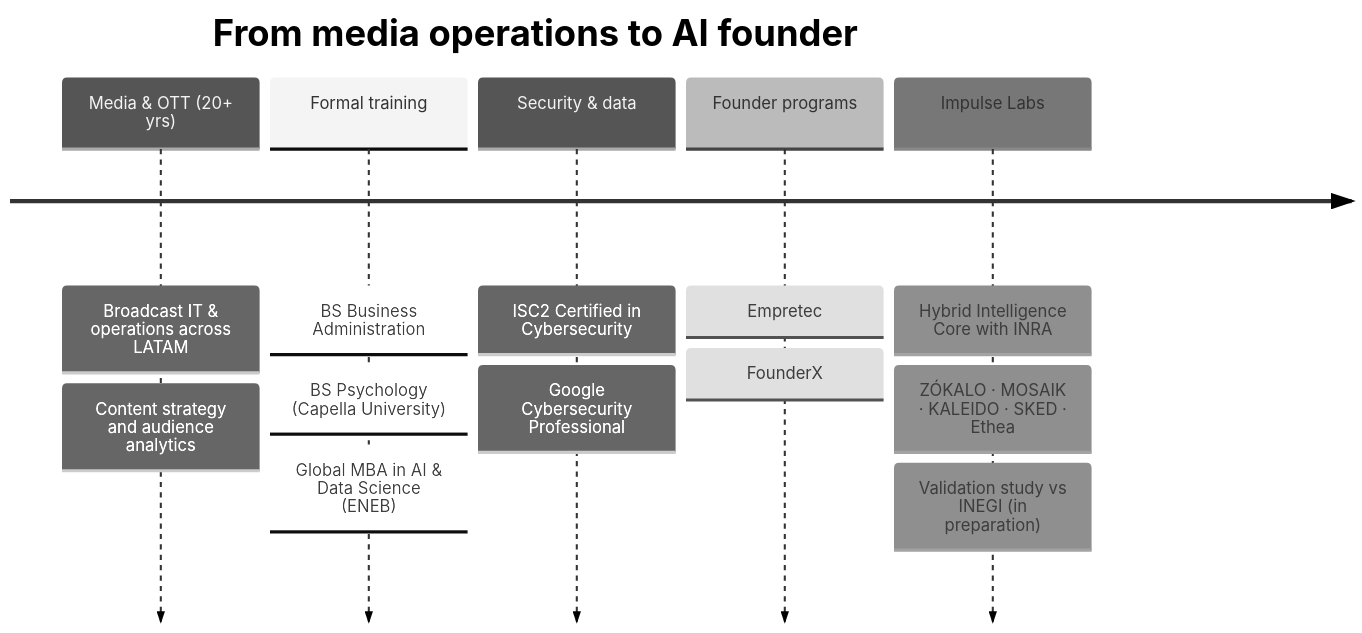
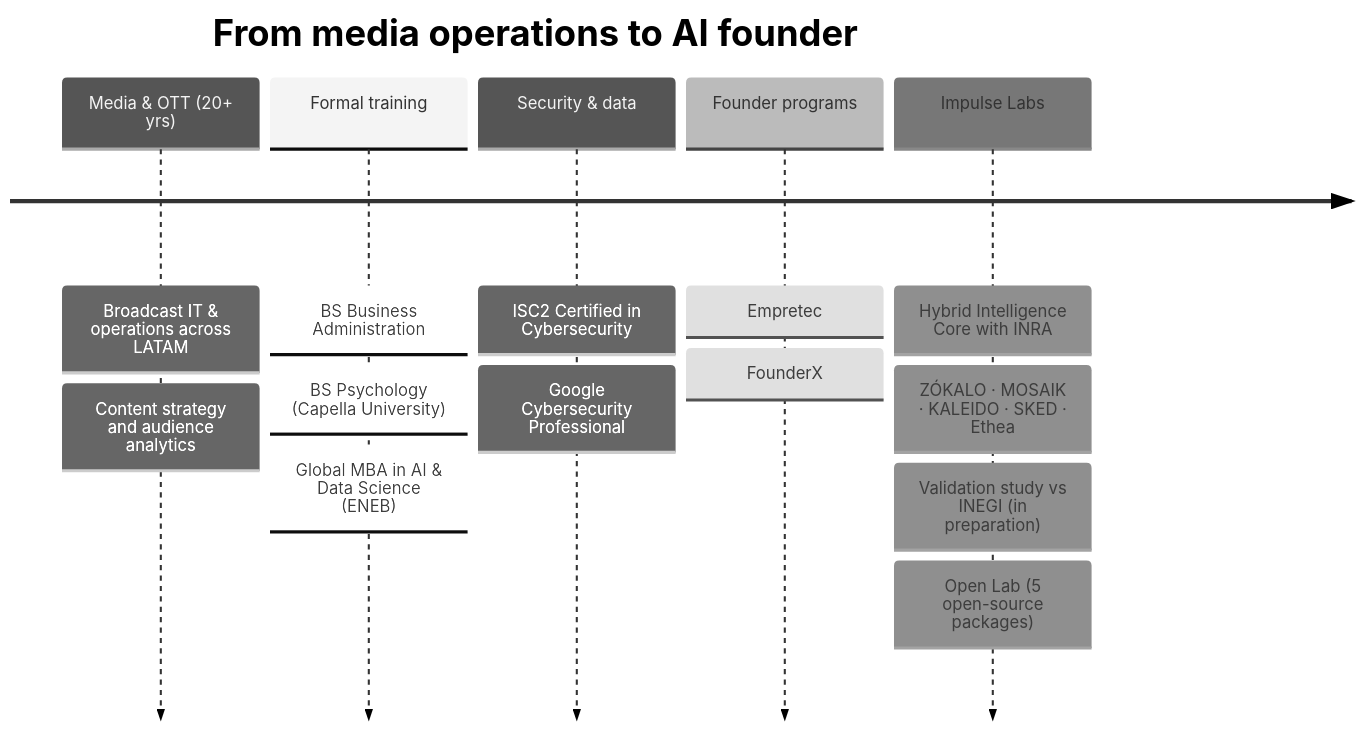
The diagram in README.md (Neckr0ik/Neckr0ik), drawn with Mermaid (neutral theme) before and after one commit. The commit also changed other lines of this file and 4 other files, not shown here.

First line of the commit message:
docs: add Open Lab index, CI workflow and README/build-log updates

````diff
--- a/README.md
+++ b/README.md
@@ -78,16 +94,17 @@
 ```mermaid
 timeline
     title From media operations to AI founder
     Media & OTT (20+ yrs) : Broadcast IT & operations across LATAM
                           : Content strategy and audience analytics
     Formal training       : BS Business Administration
                           : BS Psychology (Capella University)
                           : Global MBA in AI & Data Science (ENEB)
     Security & data       : ISC2 Certified in Cybersecurity
                           : Google Cybersecurity Professional
     Founder programs      : Empretec
                           : FounderX
     Impulse Labs          : Hybrid Intelligence Core with INRA
                           : ZÓKALO · MOSAIK · KALEIDO · SKED · Ethea
                           : Validation study vs INEGI (in preparation)
+                          : Open Lab (5 open-source packages)
 ```
````
